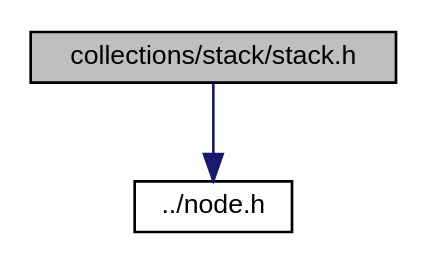
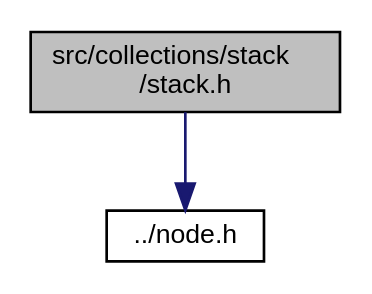
One commit to N1ghtF1re/C-Collections changed the diagram in docs/docspages/stack_8h__incl.dot. Above: the diagram before and after it, drawn with Graphviz. The commit also changed 174 other files, not shown here.

```diff
--- a/docs/docspages/stack_8h__incl.dot
+++ b/docs/docspages/stack_8h__incl.dot
@@ -1,8 +1,8 @@
-digraph "collections/stack/stack.h"
+digraph "src/collections/stack/stack.h"
 {
   edge [fontname="Helvetica",fontsize="10",labelfontname="Helvetica",labelfontsize="10"];
   node [fontname="Helvetica",fontsize="10",shape=record];
-  Node0 [label="collections/stack/stack.h",height=0.2,width=0.4,color="black", fillcolor="grey75", style="filled", fontcolor="black"];
+  Node0 [label="src/collections/stack\l/stack.h",height=0.2,width=0.4,color="black", fillcolor="grey75", style="filled", fontcolor="black"];
   Node0 -> Node1 [color="midnightblue",fontsize="10",style="solid",fontname="Helvetica"];
   Node1 [label="../node.h",height=0.2,width=0.4,color="black", fillcolor="white", style="filled",URL="$node_8h.html"];
 }
```
